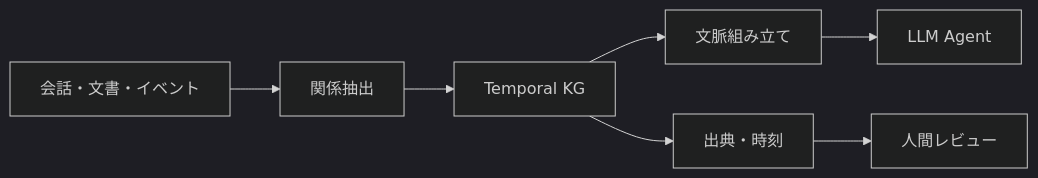
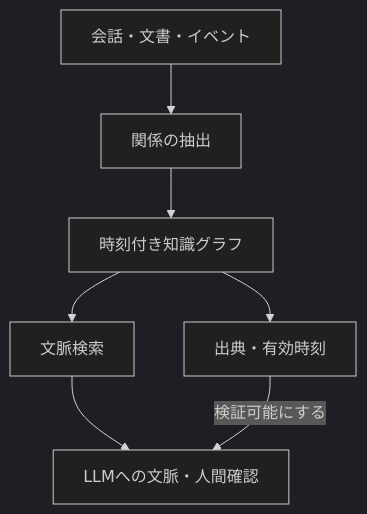
One commit to daylight55/research changed the eighth of 13 diagrams in articles/report/ai-llm-ontology-memory/ja/index.mdx. Above: the diagram before and after it, drawn with Mermaid (dark theme). The commit also changed other lines of this file and 181 other files, not shown here.

First line of the commit message:
全記事の図解368点を再生成し、共通注意書きを削除 (#402)

````diff
--- a/articles/report/ai-llm-ontology-memory/ja/index.mdx
+++ b/articles/report/ai-llm-ontology-memory/ja/index.mdx
@@ -286,9 +331,17 @@
 ```mermaid
-flowchart LR
-  Src["会話・文書・イベント"] --> Ext["関係抽出"]
-  Ext --> TKG["Temporal KG"]
-  TKG --> Ctx["文脈組み立て"]
-  TKG --> Aud["出典・時刻"]
-  Ctx --> Agent["LLM Agent"]
-  Aud --> Rev["人間レビュー"]
+flowchart TD
+  accTitle: 時刻と出典を持つMemoryから文脈を取得する
+  accDescr: 会話・文書・イベントから関係を抽出し、検索結果と一緒に出典と時刻を返す。
+  N0["会話・文書・イベント"]
+  N1["関係の抽出"]
+  N2["時刻付き知識グラフ"]
+  N3["文脈検索"]
+  N4["出典・有効時刻"]
+  N5["LLMへの文脈・人間確認"]
+  N0 --> N1
+  N1 --> N2
+  N2 --> N3
+  N2 --> N4
+  N3 --> N5
+  N4 -->|検証可能にする| N5
 ```
````
